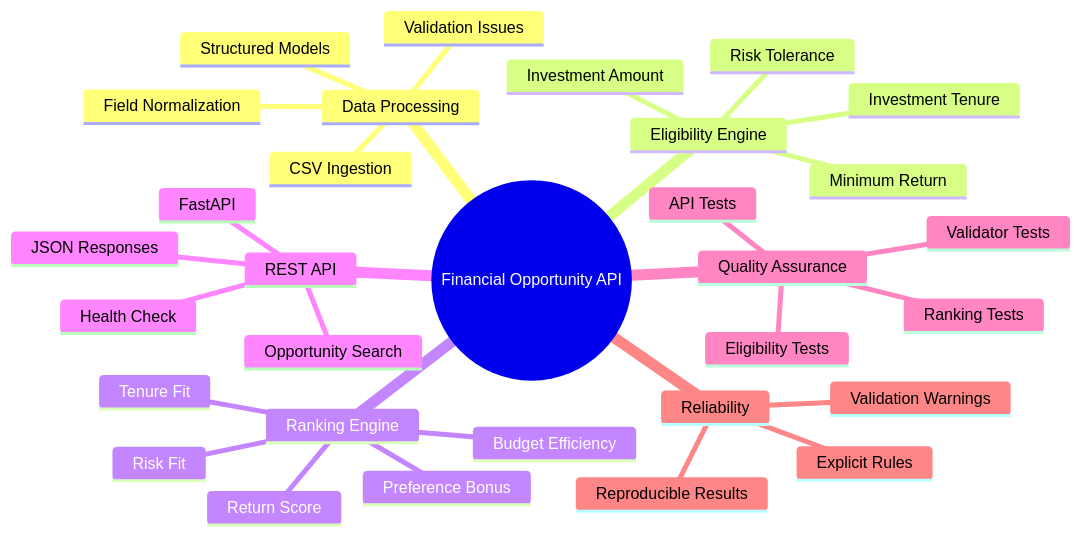
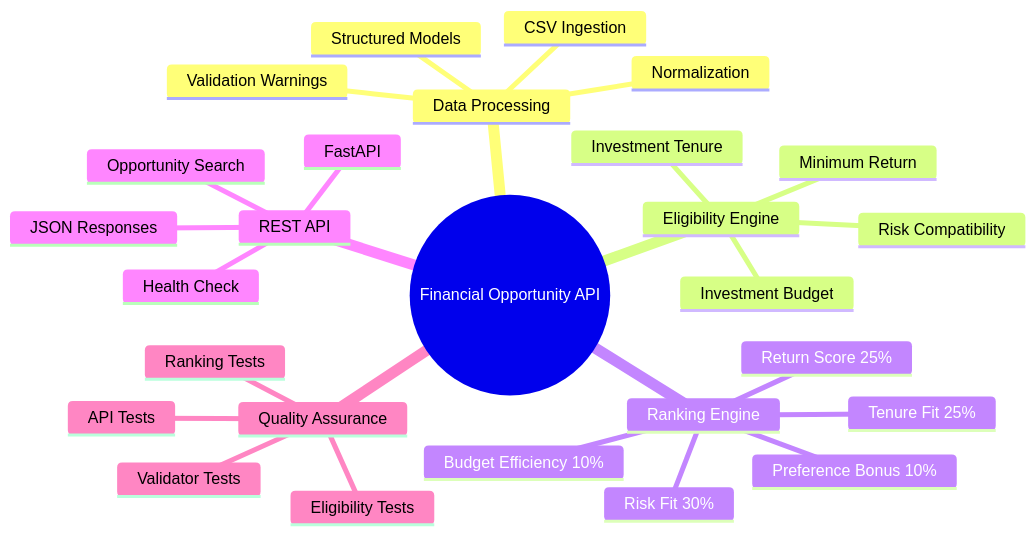
One commit to Harinath125/finance_api changed the first of 3 diagrams in README.md. Above: the diagram before and after it, drawn with Mermaid. The commit also changed other lines of this file, not shown here.

````diff
--- a/README.md
+++ b/README.md
@@ -38,34 +41,30 @@
 ```mermaid
 mindmap
   root((Financial Opportunity API))
     Data Processing
       CSV Ingestion
-      Field Normalization
-      Validation Issues
+      Normalization
+      Validation Warnings
       Structured Models
     Eligibility Engine
-      Investment Amount
-      Risk Tolerance
+      Investment Budget
+      Risk Compatibility
       Investment Tenure
       Minimum Return
     Ranking Engine
-      Risk Fit
-      Tenure Fit
-      Return Score
-      Budget Efficiency
-      Preference Bonus
+      Risk Fit 30%
+      Tenure Fit 25%
+      Return Score 25%
+      Budget Efficiency 10%
+      Preference Bonus 10%
     REST API
       FastAPI
       Opportunity Search
       Health Check
       JSON Responses
     Quality Assurance
       Validator Tests
       Eligibility Tests
       Ranking Tests
       API Tests
-    Reliability
-      Explicit Rules
-      Validation Warnings
-      Reproducible Results
 ```
````
